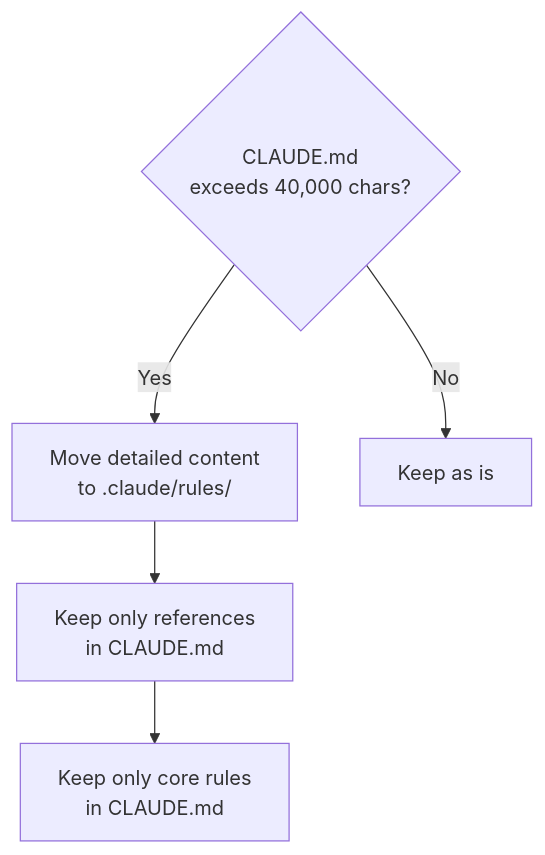
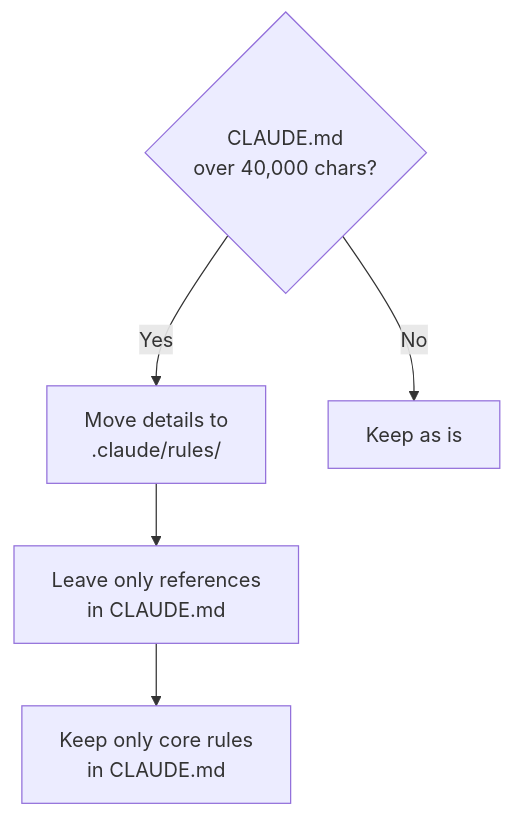
Before and after one commit to modu-ai/moai-adk: the third of 4 diagrams in docs-site/content/en/advanced/claude-md-guide.md, drawn with Mermaid. The commit also changed other lines of this file and 395 other files, not shown here.

````diff
--- a/docs-site/content/en/advanced/claude-md-guide.md
+++ b/docs-site/content/en/advanced/claude-md-guide.md
@@ -256,11 +260,10 @@
 ```mermaid
 flowchart TD
-    CHECK{"CLAUDE.md<br>exceeds 40,000 chars?"}
+    CHECK{"CLAUDE.md<br>over 40,000 chars?"}
 
-    CHECK -->|Yes| MOVE["Move detailed content<br>to .claude/rules/"]
+    CHECK -->|Yes| MOVE["Move details to<br>.claude/rules/"]
     CHECK -->|No| OK["Keep as is"]
 
-    MOVE --> REF["Keep only references<br>in CLAUDE.md"]
+    MOVE --> REF["Leave only references<br>in CLAUDE.md"]
     REF --> SLIM["Keep only core rules<br>in CLAUDE.md"]
-
 ```
````
